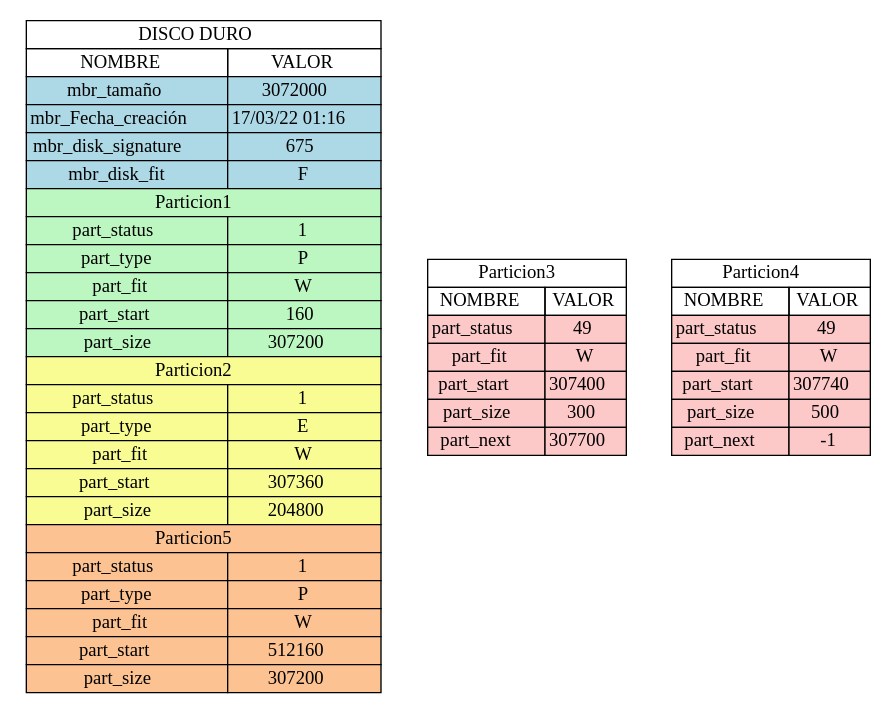
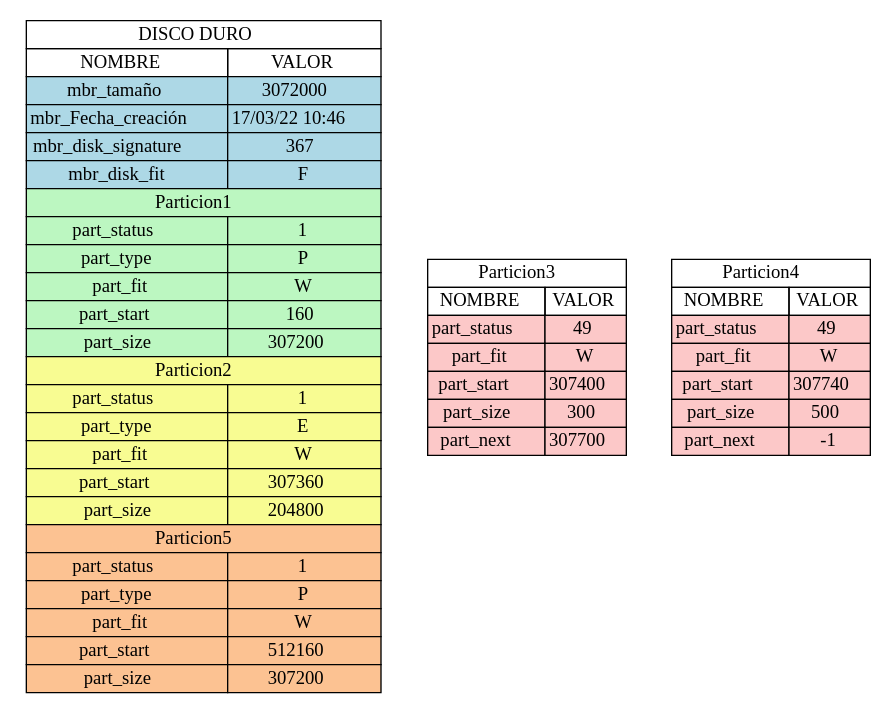
One commit to 2730538920101/P1_MIA_201709282 changed the diagram in MasterBootRecord_report.dot. Above: the diagram before and after it, drawn with Graphviz. The commit also changed 6 other files, not shown here.

```diff
--- a/MasterBootRecord_report.dot
+++ b/MasterBootRecord_report.dot
@@ -1,59 +1,59 @@
 digraph {
 tbl[
 shape=plaintext
  label =<
 <table border='0' cellborder='1' cellspacing='0'>
 <tr><td colspan="3">DISCO DURO</td></tr>
 <th><td>NOMBRE</td><td>VALOR</td></th>
 <tr><td bgcolor="lightblue">mbr_tamaño</td><td bgcolor="lightblue">3072000</td></tr>
-<tr><td bgcolor="lightblue">mbr_Fecha_creación</td><td bgcolor="lightblue">17/03/22 01:16</td></tr>
-<tr><td bgcolor="lightblue">mbr_disk_signature</td><td bgcolor="lightblue">675</td></tr>
+<tr><td bgcolor="lightblue">mbr_Fecha_creación</td><td bgcolor="lightblue">17/03/22 10:46</td></tr>
+<tr><td bgcolor="lightblue">mbr_disk_signature</td><td bgcolor="lightblue">367</td></tr>
 <tr><td bgcolor="lightblue">mbr_disk_fit</td><td bgcolor="lightblue">F</td></tr>
 <tr><td colspan="2" bgcolor="#bcf7c1">Particion1</td></tr>
 <tr><td bgcolor="#bcf7c1">part_status</td><td bgcolor="#bcf7c1">1</td></tr>
 <tr><td bgcolor="#bcf7c1">part_type</td><td bgcolor="#bcf7c1">P</td></tr>
 <tr><td bgcolor="#bcf7c1">part_fit</td><td bgcolor="#bcf7c1">W</td></tr>
 <tr><td bgcolor="#bcf7c1">part_start</td><td bgcolor="#bcf7c1">160</td></tr>
 <tr><td bgcolor="#bcf7c1">part_size</td><td bgcolor="#bcf7c1">307200</td></tr>
 <tr><td colspan="2" bgcolor="#f8fc92">Particion2</td></tr>
 <tr><td bgcolor="#f8fc92">part_status</td><td bgcolor="#f8fc92">1</td></tr>
 <tr><td bgcolor="#f8fc92">part_type</td><td bgcolor="#f8fc92">E</td></tr>
 <tr><td bgcolor="#f8fc92">part_fit</td><td bgcolor="#f8fc92">W</td></tr>
 <tr><td bgcolor="#f8fc92">part_start</td><td bgcolor="#f8fc92">307360</td></tr>
 <tr><td bgcolor="#f8fc92">part_size</td><td bgcolor="#f8fc92">204800</td></tr>
 <tr><td colspan="2" bgcolor="#fcc292">Particion5</td></tr>
 <tr><td bgcolor="#fcc292">part_status</td><td bgcolor="#fcc292">1</td></tr>
 <tr><td bgcolor="#fcc292">part_type</td><td bgcolor="#fcc292">P</td></tr>
 <tr><td bgcolor="#fcc292">part_fit</td><td bgcolor="#fcc292">W</td></tr>
 <tr><td bgcolor="#fcc292">part_start</td><td bgcolor="#fcc292">512160</td></tr>
 <tr><td bgcolor="#fcc292">part_size</td><td bgcolor="#fcc292">307200</td></tr>
 </table>
 >];
 
 tbl1 [
 shape=plaintext
  label=<
 <table border='0' cellborder='1' cellspacing='0'>
 <tr><td colspan="3">Particion3</td></tr>
 <th><td>NOMBRE</td><td>VALOR</td></th>
 <tr><td bgcolor="#fcc8c8">part_status</td><td bgcolor="#fcc8c8">49</td></tr>
 <tr><td bgcolor="#fcc8c8">part_fit</td><td bgcolor="#fcc8c8">W</td></tr>
 <tr><td bgcolor="#fcc8c8">part_start</td><td bgcolor="#fcc8c8">307400</td></tr>
 <tr><td bgcolor="#fcc8c8">part_size</td><td bgcolor="#fcc8c8">300</td></tr>
 <tr><td bgcolor="#fcc8c8">part_next</td><td bgcolor="#fcc8c8">307700</td></tr>
 </table>
 >];
 tbl2 [
 shape=plaintext
  label=<
 <table border='0' cellborder='1' cellspacing='0'>
 <tr><td colspan="3">Particion4</td></tr>
 <th><td>NOMBRE</td><td>VALOR</td></th>
 <tr><td bgcolor="#fcc8c8">part_status</td><td bgcolor="#fcc8c8">49</td></tr>
 <tr><td bgcolor="#fcc8c8">part_fit</td><td bgcolor="#fcc8c8">W</td></tr>
 <tr><td bgcolor="#fcc8c8">part_start</td><td bgcolor="#fcc8c8">307740</td></tr>
 <tr><td bgcolor="#fcc8c8">part_size</td><td bgcolor="#fcc8c8">500</td></tr>
 <tr><td bgcolor="#fcc8c8">part_next</td><td bgcolor="#fcc8c8">-1</td></tr>
 </table>
 >];
 }
```
